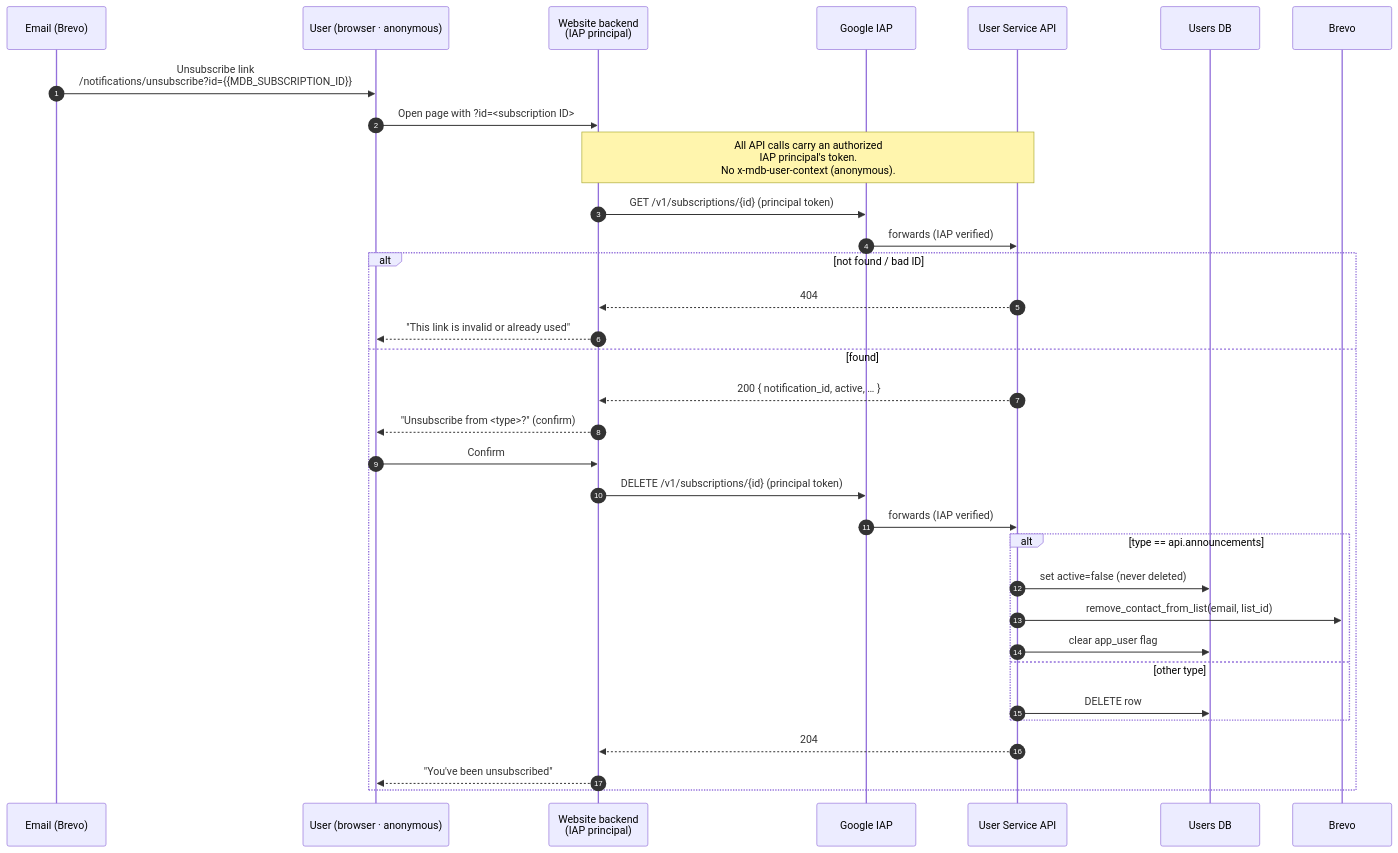
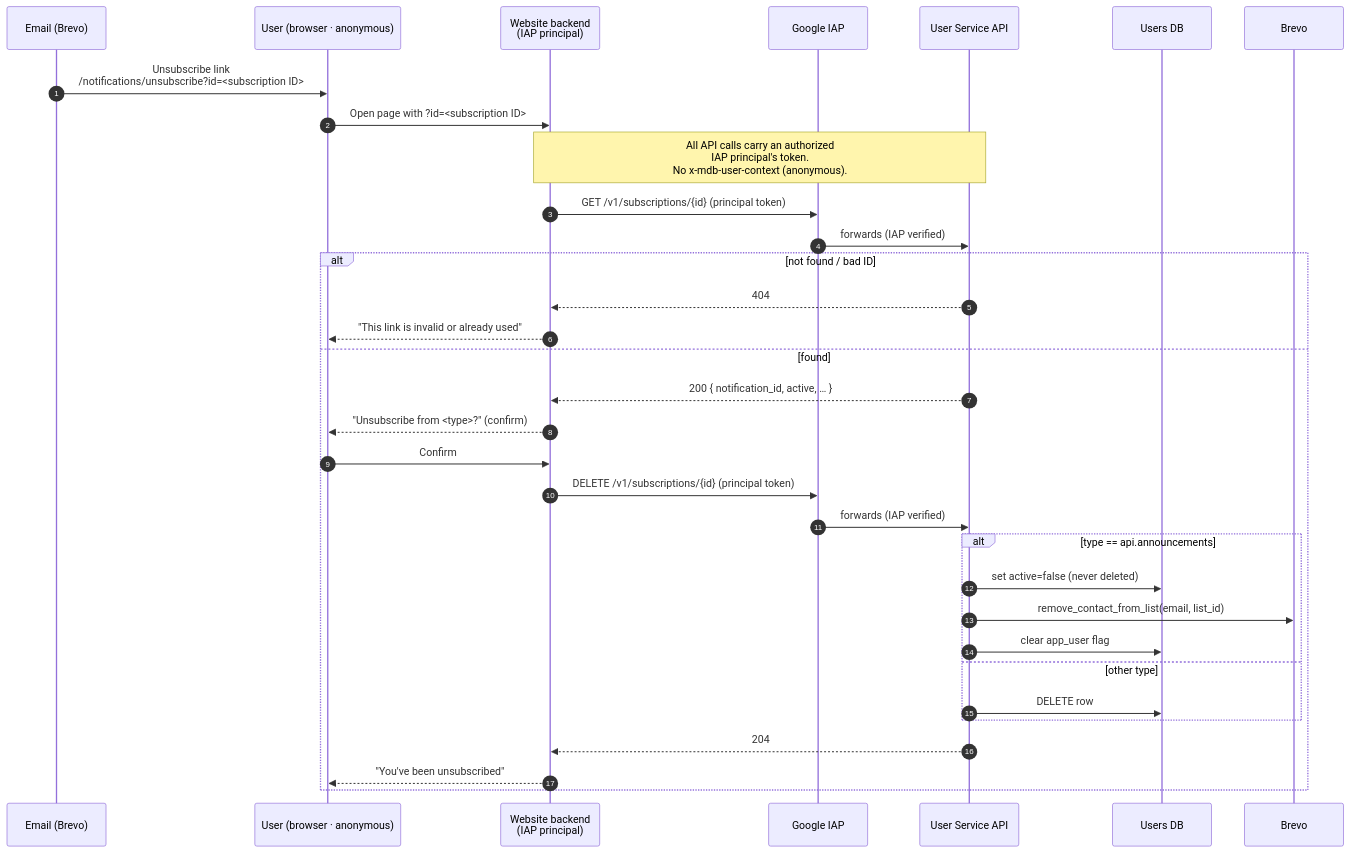
The fourth of 5 diagrams in docs/notifications-subscription-flows.md (MobilityData/mobility-feed-api), drawn with Mermaid before and after one commit. The commit also changed other lines of this file and 14 other files, not shown here.

Commit message:
remove MDB_SUBSCRIPTION_ID

````diff
--- a/docs/notifications-subscription-flows.md
+++ b/docs/notifications-subscription-flows.md
@@ -258,36 +264,36 @@
 ```mermaid
 sequenceDiagram
     autonumber
     participant E as Email (Brevo)
     participant U as User (browser · anonymous)
     participant W as Website backend<br/>(IAP principal)
     participant IAP as Google IAP
     participant API as User Service API
     participant DB as Users DB
     participant BR as Brevo
 
-    E->>U: Unsubscribe link<br/>/notifications/unsubscribe?id={{MDB_SUBSCRIPTION_ID}}
+    E->>U: Unsubscribe link<br/>/notifications/unsubscribe?id=<subscription ID>
     U->>W: Open page with ?id=<subscription ID>
     Note over W,API: All API calls carry an authorized<br/>IAP principal's token.<br/>No x-mdb-user-context (anonymous).
     W->>IAP: GET /v1/subscriptions/{id} (principal token)
     IAP->>API: forwards (IAP verified)
     alt not found / bad ID
         API-->>W: 404
         W-->>U: "This link is invalid or already used"
     else found
         API-->>W: 200 { notification_id, active, … }
         W-->>U: "Unsubscribe from <type>?" (confirm)
         U->>W: Confirm
         W->>IAP: DELETE /v1/subscriptions/{id} (principal token)
         IAP->>API: forwards (IAP verified)
         alt type == api.announcements
             API->>DB: set active=false (never deleted)
             API->>BR: remove_contact_from_list(email, list_id)
             API->>DB: clear app_user flag
         else other type
             API->>DB: DELETE row
         end
         API-->>W: 204
         W-->>U: "You've been unsubscribed"
     end
 ```
````
